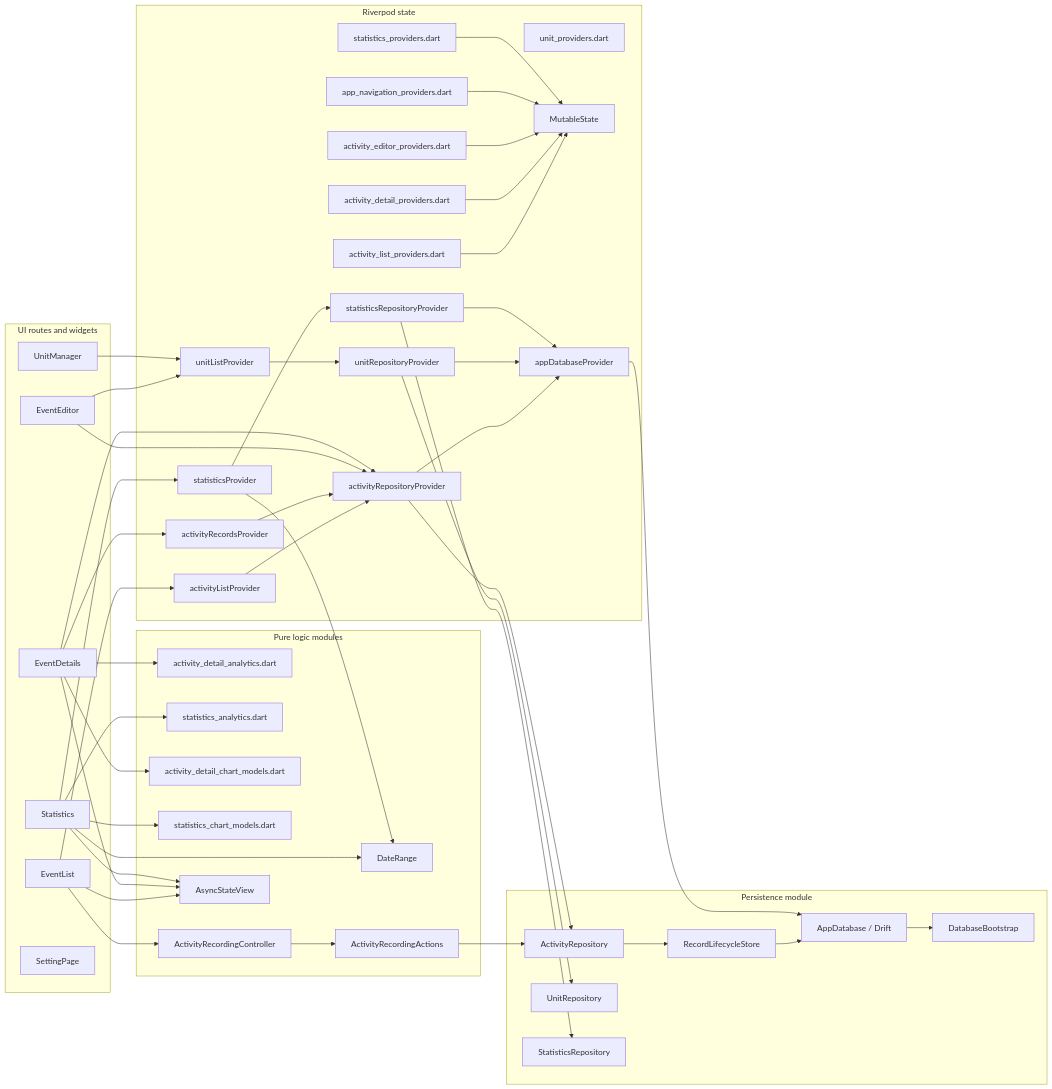
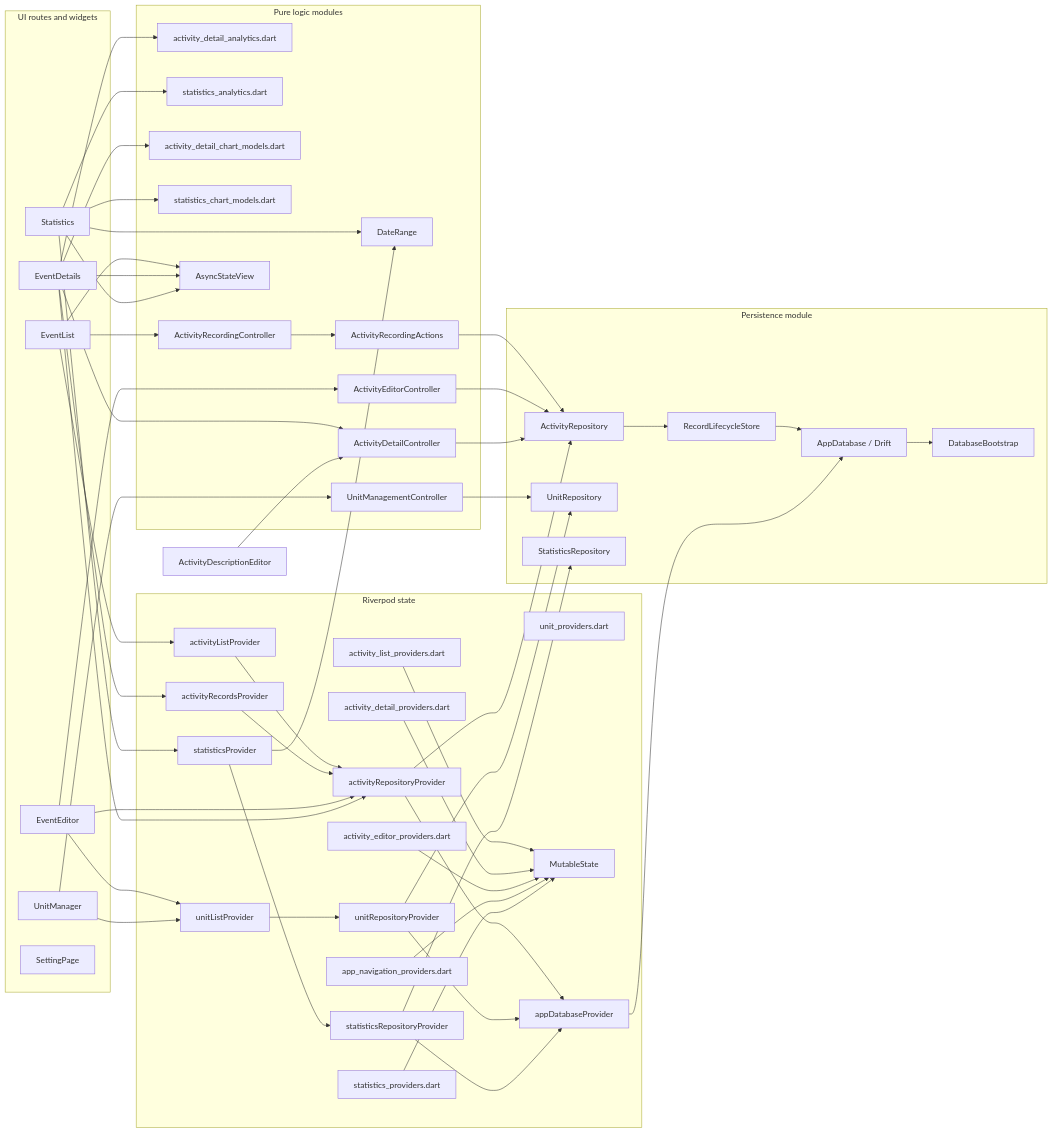
One commit to Guoyuer/eventTracker changed the first of 6 diagrams in docs/architecture/module-flow.md. Above: the diagram before and after it, drawn with Mermaid. The commit also changed 11 other files, not shown here.

```diff
--- a/docs/architecture/module-flow.md
+++ b/docs/architecture/module-flow.md
@@ -23,6 +23,9 @@
     DateRange["DateRange"]
     ActivityRecordingController["ActivityRecordingController"]
     ActivityRecordingActions["ActivityRecordingActions"]
+    ActivityEditorController["ActivityEditorController"]
+    ActivityDetailController["ActivityDetailController"]
+    UnitManagementController["UnitManagementController"]
     AsyncStateView["AsyncStateView"]
   end
 
@@ -56,6 +59,10 @@
   EventList --> ActivityListProvider
   EventList --> ActivityRecordingController
   EventList --> AsyncStateView
+  EventEditor --> ActivityEditorController
+  EventDetails --> ActivityDetailController
+  ActivityDescriptionEditor["ActivityDescriptionEditor"] --> ActivityDetailController
+  UnitManager --> UnitManagementController
   ActivityListProviders --> MutableState
   ActivityDetailProviders --> MutableState
   ActivityEditorProviders --> MutableState
@@ -63,6 +70,9 @@
   StatisticsProviders --> MutableState
   ActivityRecordingController --> ActivityRecordingActions
   ActivityRecordingActions --> ActivityRepository
+  ActivityEditorController --> ActivityRepository
+  ActivityDetailController --> ActivityRepository
+  UnitManagementController --> UnitRepository
   ActivityListProvider --> ActivityRepositoryProvider
   EventDetails --> ActivityRecordsProvider
   EventDetails --> AsyncStateView
```
